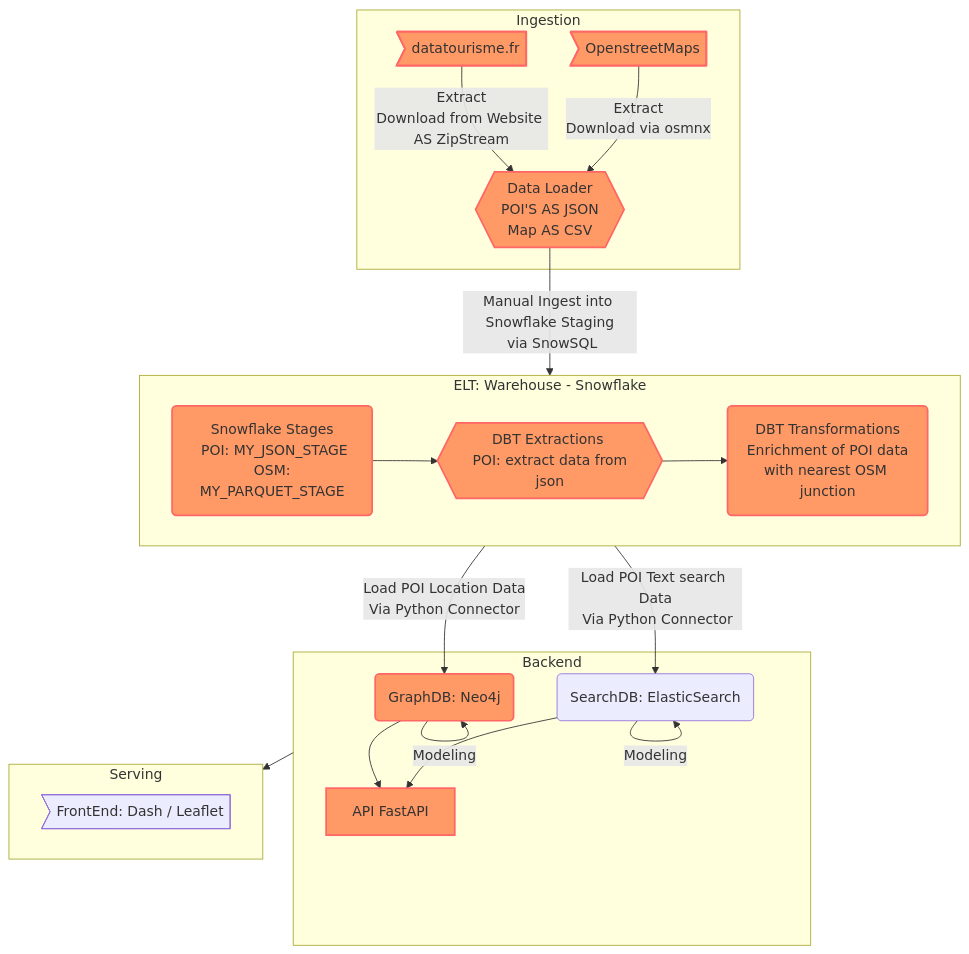
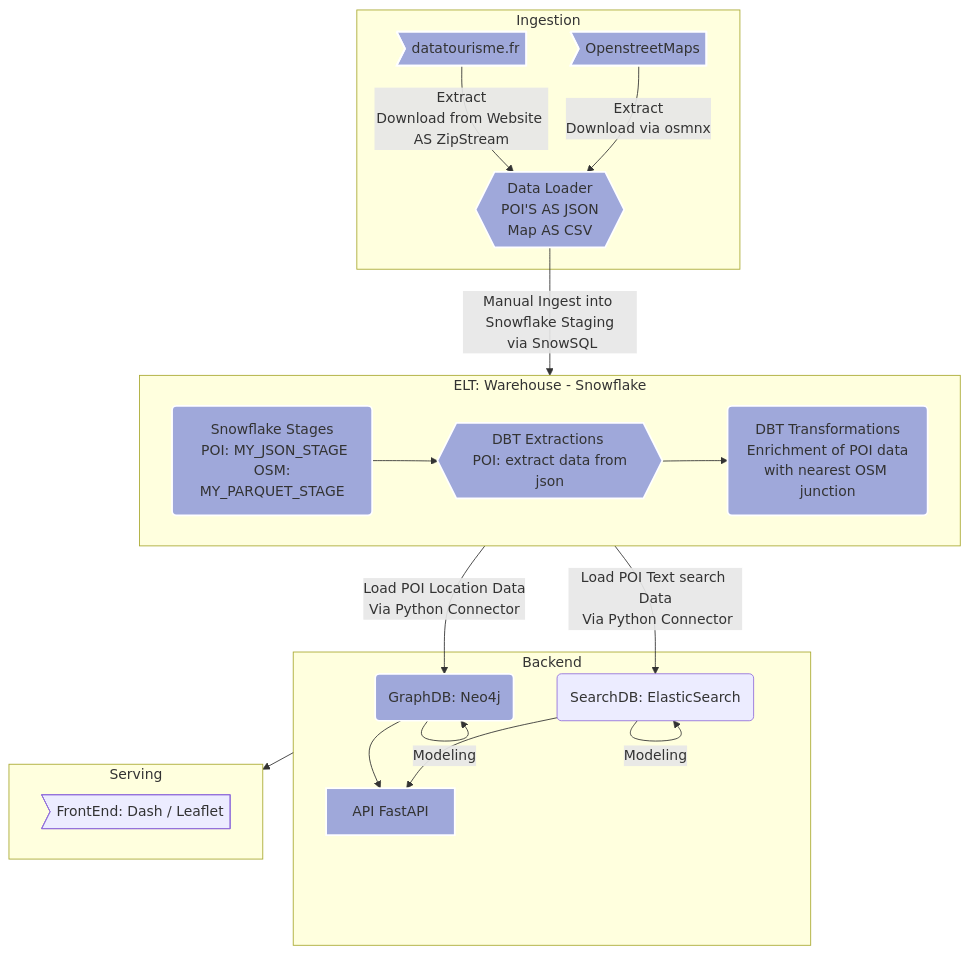
The diagram in README.md (MatthausHaberkorn/de_dbtsnow_poi), drawn with Mermaid before and after one commit.

Commit message:
refactored the mermaid flowchart to new color

````diff
--- a/README.md
+++ b/README.md
@@ -134,32 +134,32 @@
 ```mermaid
 flowchart TB
     subgraph  id10 [Ingestion]
     id1>datatourisme.fr]-- Extract\nDownload from Website AS ZipStream --> id2{{Data Loader\nPOI'S AS JSON \n Map AS CSV}}
     id3>OpenstreetMaps]-- Extract\n Download via osmnx -->id2
     end
 
     subgraph id14 [ELT: Warehouse - Snowflake]
     id21(Snowflake Stages\n POI: MY_JSON_STAGE\n OSM: MY_PARQUET_STAGE)-->
 
     id22{{DBT Extractions \n POI: extract data from json }}-->
     id23(DBT Transformations\n Enrichment of POI data with nearest OSM junction)
     end
 
     id2 -- Manual Ingest into Snowflake Staging\n via SnowSQL --> id14
     subgraph id12 [Backend]
     id6(GraphDB: Neo4j) --> id7[API FastAPI]
     id8(SearchDB: ElasticSearch) --> id7
     end
 
     id14 -- Load POI Location Data\n Via Python Connector --> id6
     id14 -- Load POI Text search Data\n Via Python Connector  --> id8
     id6 -- Modeling --> id6
     id8 -- Modeling --> id8
     subgraph id13 [Serving]
     id9>FrontEnd: Dash / Leaflet]
     end
     id12 --> id13
 
-classDef myClass fill:#f96,stroke:#f66,stroke-width:2px;
-    class id1,id2,id3,id21,id22,id23,id6,id7 myClass;
+classDef myClass fill:#9fa8da,stroke:#fff,stroke-width:2px;
+class id1,id2,id3,id21,id22,id23,id6,id7 myClass;
 ```
````
